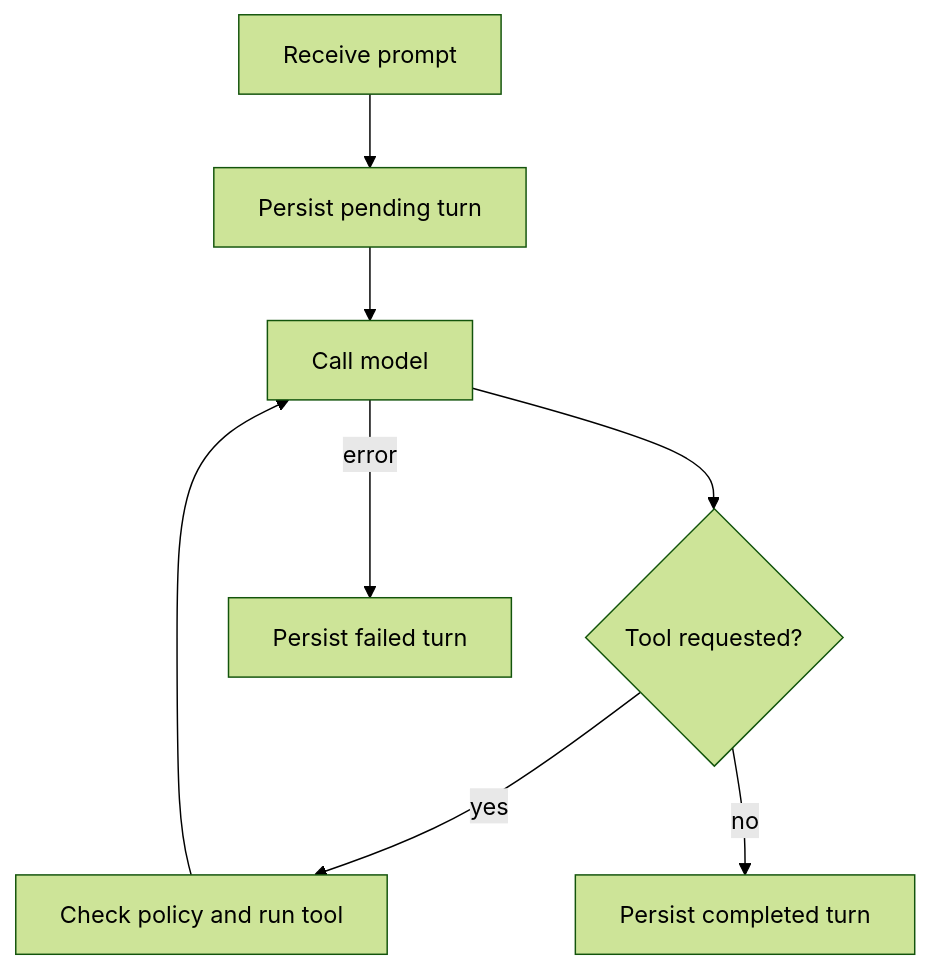
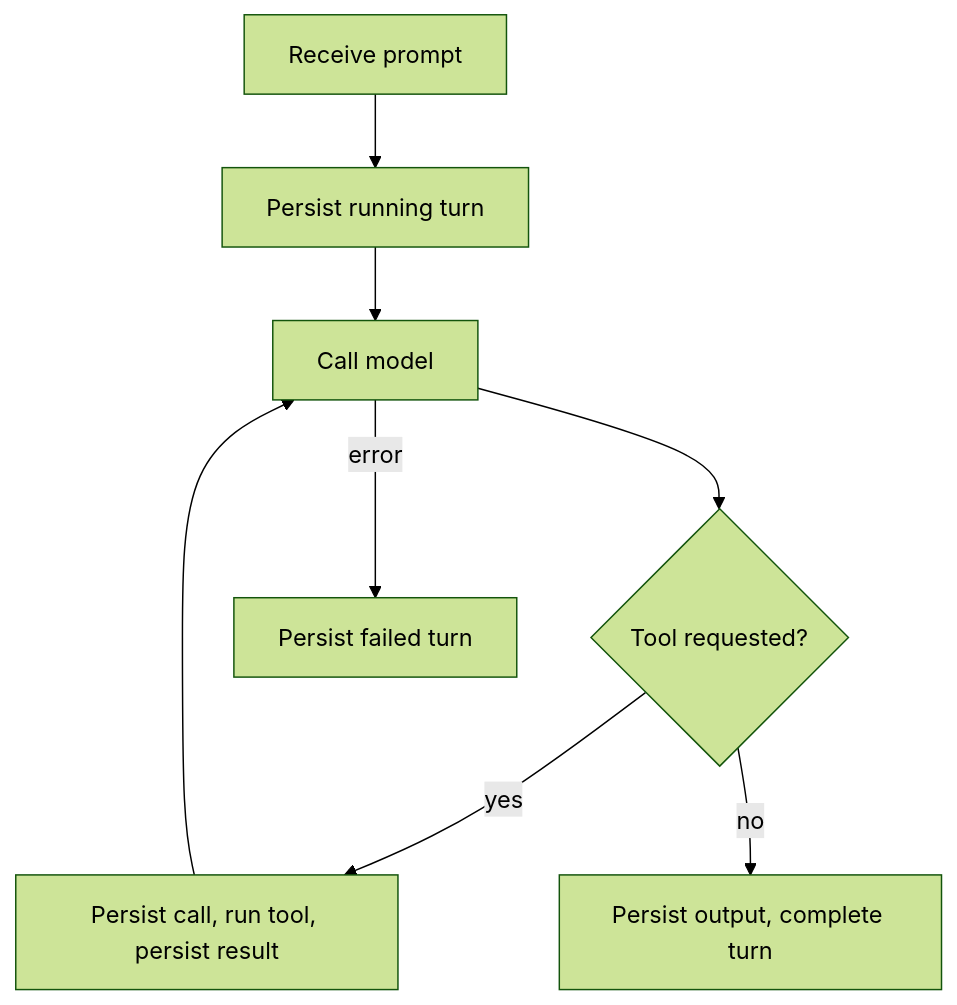
One commit to agentty-xyz/agentty changed the second of 2 diagrams in docs/site/content/docs/architecture/ag-harness-design.md. Above: the diagram before and after it, drawn with Mermaid (forest theme). The commit also changed other lines of this file and 51 other files, not shown here.

````diff
--- a/docs/site/content/docs/architecture/ag-harness-design.md
+++ b/docs/site/content/docs/architecture/ag-harness-design.md
@@ -71,10 +71,10 @@
 ```mermaid
 flowchart TD
-    Prompt["Receive prompt"] --> Pending["Persist pending turn"]
+    Prompt["Receive prompt"] --> Pending["Persist running turn"]
     Pending --> Model["Call model"]
     Model --> Tool{"Tool requested?"}
-    Tool -->|yes| Execute["Check policy and run tool"]
+    Tool -->|yes| Execute["Persist call, run tool, persist result"]
     Execute --> Model
-    Tool -->|no| Complete["Persist completed turn"]
+    Tool -->|no| Complete["Persist output, complete turn"]
     Model -->|error| Failed["Persist failed turn"]
 ```
````
